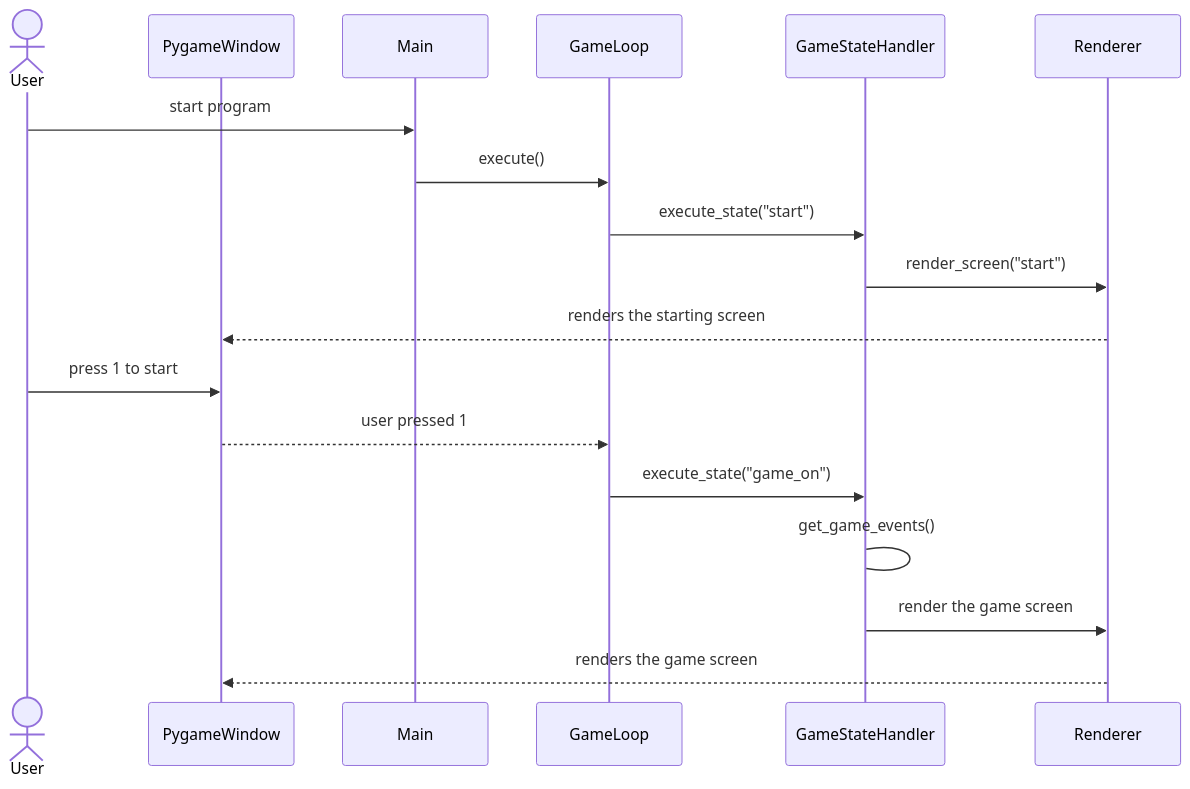
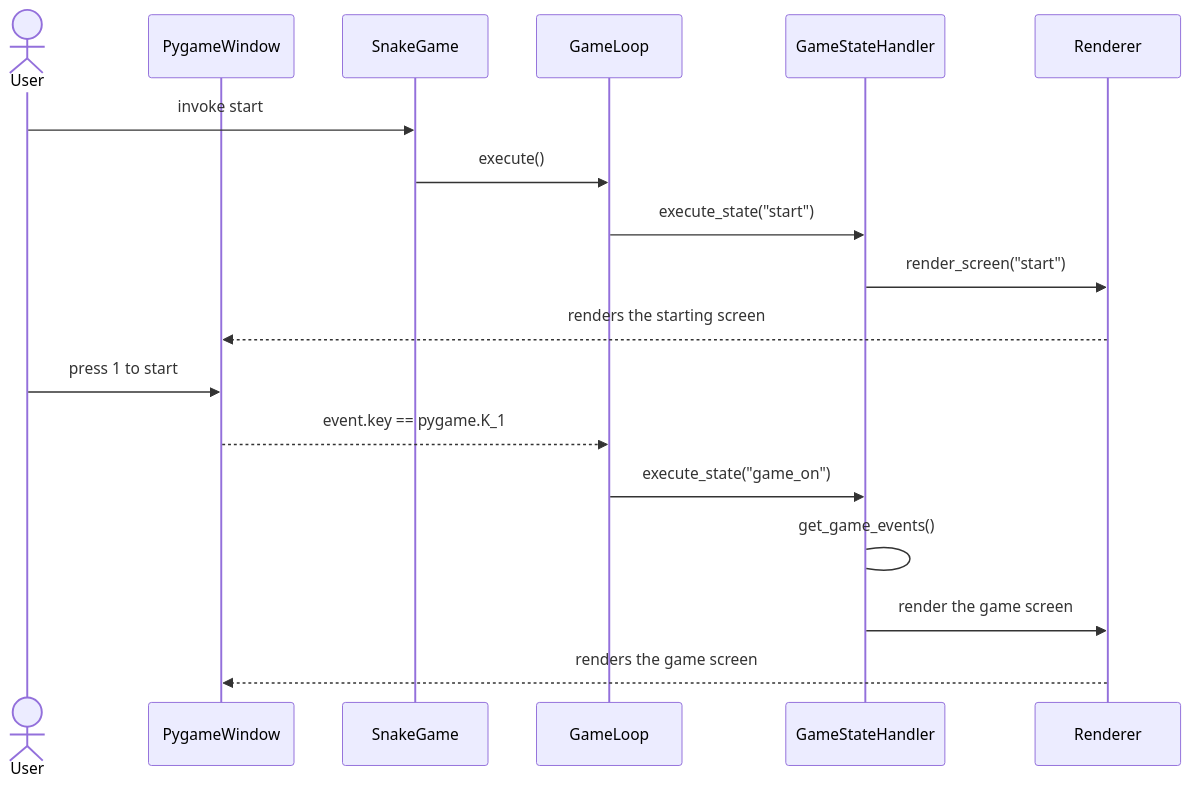
One commit to valttteri/ot-harjoitustyo changed the fourth of 5 diagrams in dokumentaatio/arkkitehtuuri.md. Above: the diagram before and after it, drawn with Mermaid. The commit also changed other lines of this file, not shown here.

````diff
--- a/dokumentaatio/arkkitehtuuri.md
+++ b/dokumentaatio/arkkitehtuuri.md
@@ -28,20 +103,20 @@
 ```mermaid
 sequenceDiagram
   actor User
   participant PygameWindow
-  participant Main
+  participant SnakeGame
   participant GameLoop
   participant GameStateHandler
   participant Renderer
-  User->>Main: start program
-  Main->>GameLoop: execute()
+  User->>SnakeGame: invoke start
+  SnakeGame->>GameLoop: execute()
   GameLoop->>GameStateHandler: execute_state("start")
   GameStateHandler->>Renderer: render_screen("start")
   Renderer-->>PygameWindow: renders the starting screen
   User->>PygameWindow: press 1 to start
-  PygameWindow-->>GameLoop: user pressed 1
+  PygameWindow-->>GameLoop: event.key == pygame.K_1
   GameLoop->>GameStateHandler: execute_state("game_on")
   GameStateHandler->GameStateHandler: get_game_events()
   GameStateHandler->>Renderer: render the game screen
   Renderer-->>PygameWindow: renders the game screen
 ```
````
